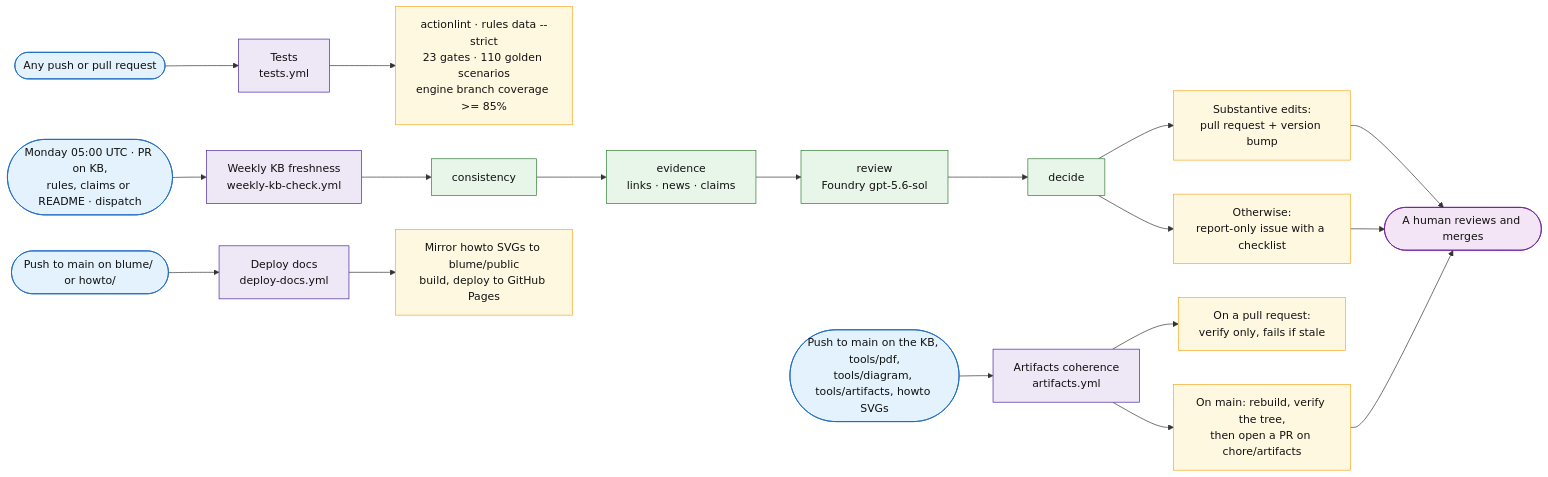
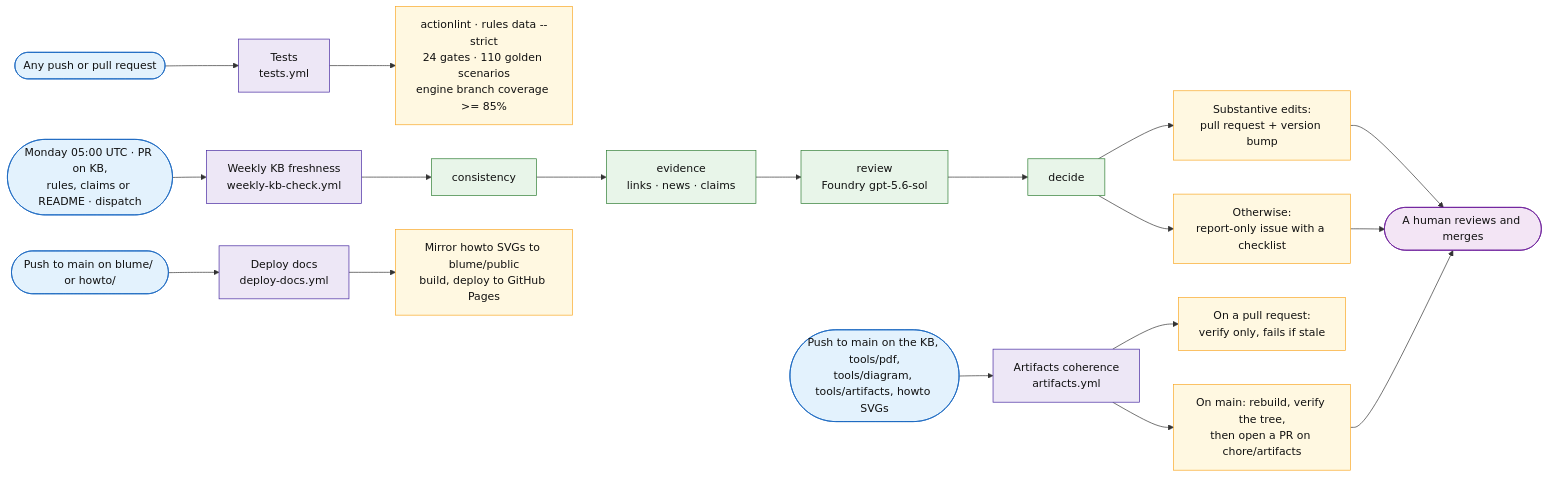
The sixth of 6 diagrams in docs/sql-migration-advisor-developer-pitch.md (fredgis/sql-migration-advisor), drawn with Mermaid before and after one commit. The commit also changed 5 other files, not shown here.

````diff
--- a/docs/sql-migration-advisor-developer-pitch.md
+++ b/docs/sql-migration-advisor-developer-pitch.md
@@ -985,33 +985,33 @@
 ```mermaid
 flowchart LR
     G1([Any push or pull request]) --> W1[Tests<br/>tests.yml]
     G2([Monday 05:00 UTC · PR on KB,<br/>rules, claims or README · dispatch]) --> W2[Weekly KB freshness<br/>weekly-kb-check.yml]
     G3([Push to main on the KB, tools/pdf,<br/>tools/diagram, tools/artifacts, howto SVGs]) --> W3[Artifacts coherence<br/>artifacts.yml]
     G4([Push to main on blume/ or howto/]) --> W4[Deploy docs<br/>deploy-docs.yml]
 
-    W1 --> O1[actionlint · rules data --strict<br/>23 gates · 110 golden scenarios<br/>engine branch coverage >= 85%]
+    W1 --> O1[actionlint · rules data --strict<br/>24 gates · 110 golden scenarios<br/>engine branch coverage >= 85%]
 
     W2 --> C1[consistency] --> C2[evidence<br/>links · news · claims] --> C3[review<br/>Foundry gpt-5.6-sol] --> C4[decide]
     C4 --> O2a[Substantive edits:<br/>pull request + version bump]
     C4 --> O2b[Otherwise:<br/>report-only issue with a checklist]
 
     W3 --> O3a[On a pull request:<br/>verify only, fails if stale]
     W3 --> O3b[On main: rebuild, verify the tree,<br/>then open a PR on chore/artifacts]
 
     W4 --> O4[Mirror howto SVGs to blume/public<br/>build, deploy to GitHub Pages]
 
     O2a --> H([A human reviews and merges])
     O2b --> H
     O3b --> H
 
     classDef trig fill:#e3f2fd,stroke:#1565c0,color:#111
     classDef flow fill:#ede7f6,stroke:#4527a0,color:#111
     classDef step fill:#e8f5e9,stroke:#2e7d32,color:#111
     classDef out fill:#fff8e1,stroke:#f9a825,color:#111
     classDef human fill:#f3e5f5,stroke:#6a1b9a,color:#111
     class G1,G2,G3,G4 trig
     class W1,W2,W3,W4 flow
     class C1,C2,C3,C4 step
     class O1,O2a,O2b,O3a,O3b,O4 out
     class H human
 ```
````
